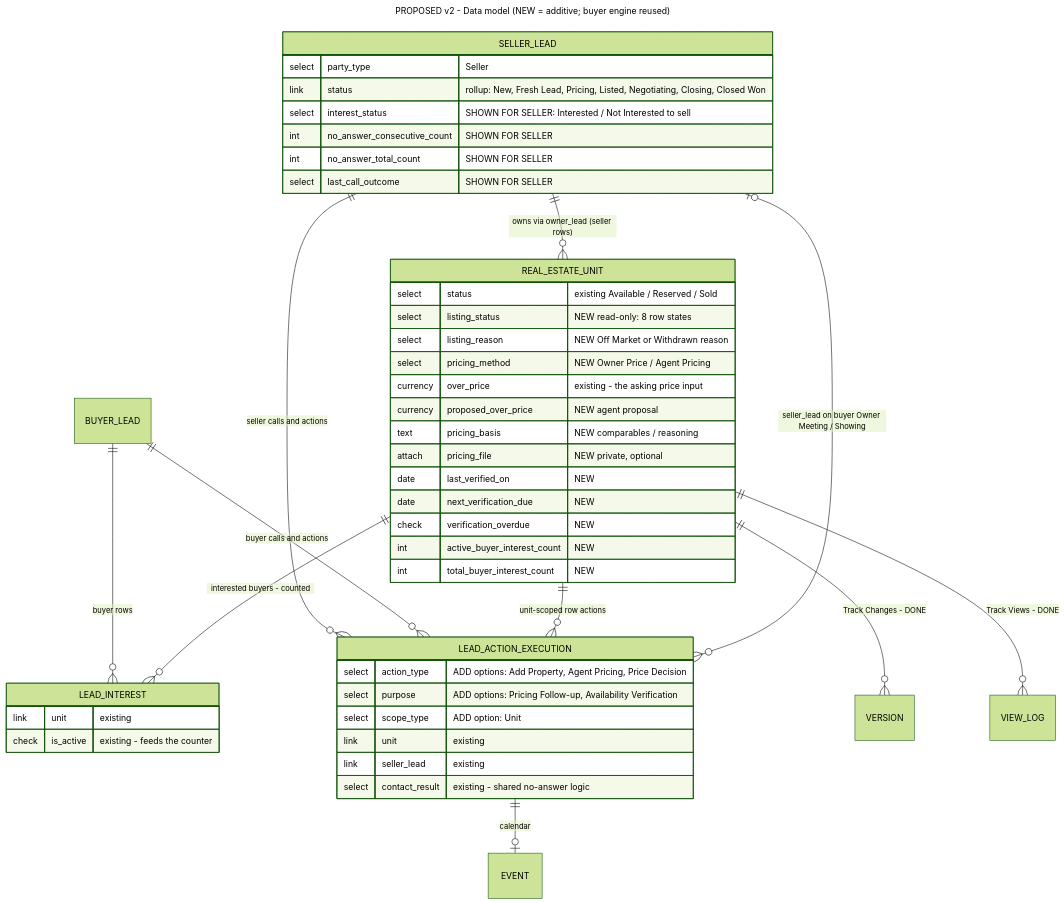
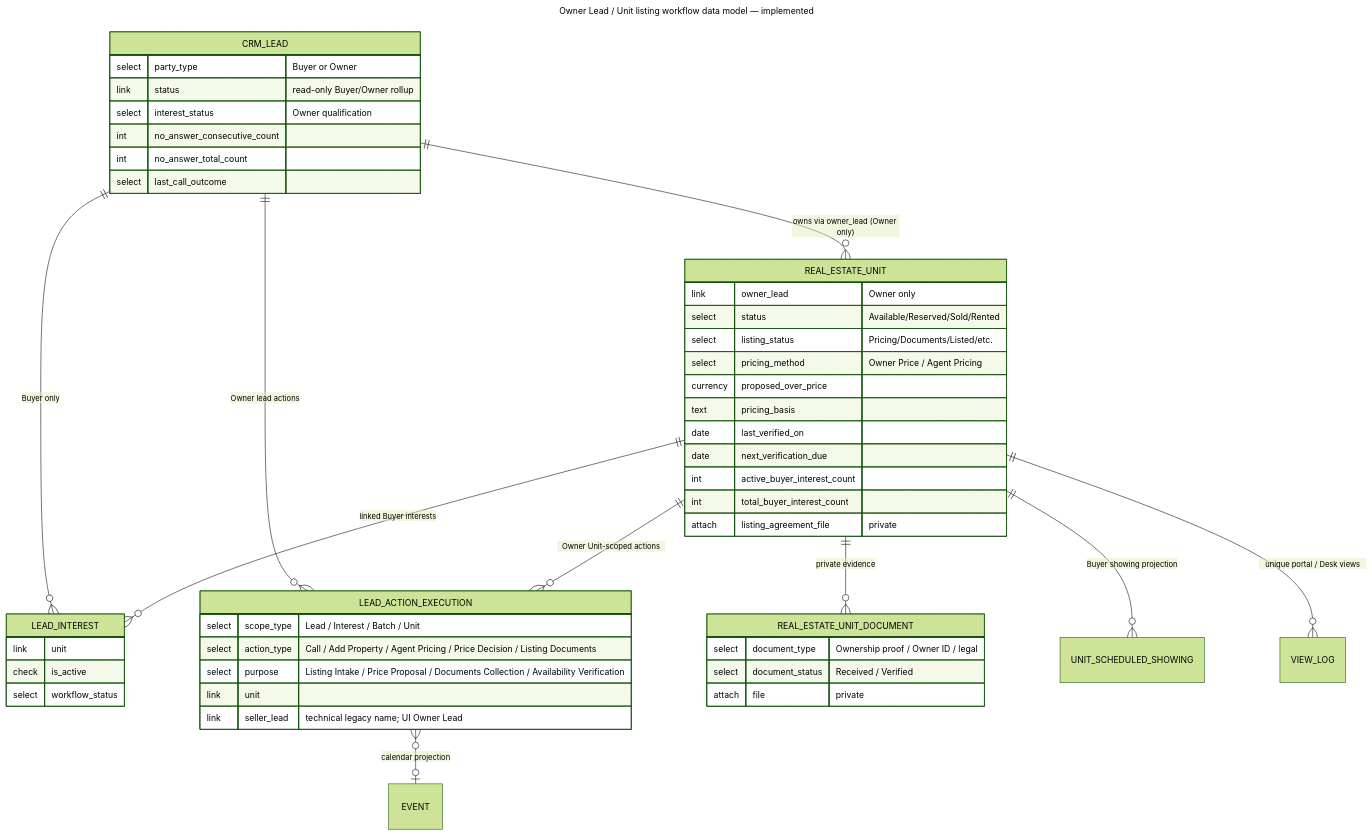
Before and after one commit to Cloudy-Z/crm-Real-State-Customs: the diagram in docs/proposals/owner_unit_workflow/seller_unit_erd.mmd, drawn with Mermaid (forest theme). The commit also changed 24 other files, not shown here.

First line of the commit message:
feat: add guided Owner Unit listing workflow

```diff
--- a/docs/proposals/owner_unit_workflow/seller_unit_erd.mmd
+++ b/docs/proposals/owner_unit_workflow/seller_unit_erd.mmd
@@ -1,50 +1,52 @@
 ---
-title: PROPOSED v2 - Data model (NEW = additive; buyer engine reused)
+title: Owner Lead / Unit listing workflow data model — implemented
 ---
 erDiagram
-    SELLER_LEAD ||--o{ REAL_ESTATE_UNIT : "owns via owner_lead (seller rows)"
-    BUYER_LEAD ||--o{ LEAD_INTEREST : "buyer rows"
-    REAL_ESTATE_UNIT ||--o{ LEAD_INTEREST : "interested buyers - counted"
-    SELLER_LEAD ||--o{ LEAD_ACTION_EXECUTION : "seller calls and actions"
-    BUYER_LEAD ||--o{ LEAD_ACTION_EXECUTION : "buyer calls and actions"
-    REAL_ESTATE_UNIT ||--o{ LEAD_ACTION_EXECUTION : "unit-scoped row actions"
-    LEAD_ACTION_EXECUTION }o--o| SELLER_LEAD : "seller_lead on buyer Owner Meeting / Showing"
-    LEAD_ACTION_EXECUTION ||--o| EVENT : "calendar"
-    REAL_ESTATE_UNIT ||--o{ VERSION : "Track Changes - DONE"
-    REAL_ESTATE_UNIT ||--o{ VIEW_LOG : "Track Views - DONE"
+    CRM_LEAD ||--o{ REAL_ESTATE_UNIT : "owns via owner_lead (Owner only)"
+    CRM_LEAD ||--o{ LEAD_INTEREST : "Buyer only"
+    REAL_ESTATE_UNIT ||--o{ LEAD_INTEREST : "linked Buyer interests"
+    CRM_LEAD ||--o{ LEAD_ACTION_EXECUTION : "Owner lead actions"
+    REAL_ESTATE_UNIT ||--o{ LEAD_ACTION_EXECUTION : "Owner Unit-scoped actions"
+    REAL_ESTATE_UNIT ||--o{ REAL_ESTATE_UNIT_DOCUMENT : "private evidence"
+    REAL_ESTATE_UNIT ||--o{ UNIT_SCHEDULED_SHOWING : "Buyer showing projection"
+    REAL_ESTATE_UNIT ||--o{ VIEW_LOG : "unique portal / Desk views"
+    LEAD_ACTION_EXECUTION }o--o| EVENT : "calendar projection"
 
-    SELLER_LEAD {
-        select party_type "Seller"
-        link status "rollup: New, Fresh Lead, Pricing, Listed, Negotiating, Closing, Closed Won"
-        select interest_status "SHOWN FOR SELLER: Interested / Not Interested to sell"
-        int no_answer_consecutive_count "SHOWN FOR SELLER"
-        int no_answer_total_count "SHOWN FOR SELLER"
-        select last_call_outcome "SHOWN FOR SELLER"
+    CRM_LEAD {
+        select party_type "Buyer or Owner"
+        link status "read-only Buyer/Owner rollup"
+        select interest_status "Owner qualification"
+        int no_answer_consecutive_count
+        int no_answer_total_count
+        select last_call_outcome
     }
     REAL_ESTATE_UNIT {
-        select status "existing Available / Reserved / Sold"
-        select listing_status "NEW read-only: 8 row states"
-        select listing_reason "NEW Off Market or Withdrawn reason"
-        select pricing_method "NEW Owner Price / Agent Pricing"
-        currency over_price "existing - the asking price input"
-        currency proposed_over_price "NEW agent proposal"
-        text pricing_basis "NEW comparables / reasoning"
-        attach pricing_file "NEW private, optional"
-        date last_verified_on "NEW"
-        date next_verification_due "NEW"
-        check verification_overdue "NEW"
-        int active_buyer_interest_count "NEW"
-        int total_buyer_interest_count "NEW"
+        link owner_lead "Owner only"
+        select status "Available/Reserved/Sold/Rented"
+        select listing_status "Pricing/Documents/Listed/etc."
+        select pricing_method "Owner Price / Agent Pricing"
+        currency proposed_over_price
+        text pricing_basis
+        date last_verified_on
+        date next_verification_due
+        int active_buyer_interest_count
+        int total_buyer_interest_count
+        attach listing_agreement_file "private"
+    }
+    REAL_ESTATE_UNIT_DOCUMENT {
+        select document_type "Ownership proof / Owner ID / legal"
+        select document_status "Received / Verified"
+        attach file "private"
     }
     LEAD_ACTION_EXECUTION {
-        select action_type "ADD options: Add Property, Agent Pricing, Price Decision"
-        select purpose "ADD options: Pricing Follow-up, Availability Verification"
-        select scope_type "ADD option: Unit"
-        link unit "existing"
-        link seller_lead "existing"
-        select contact_result "existing - shared no-answer logic"
+        select scope_type "Lead / Interest / Batch / Unit"
+        select action_type "Call / Add Property / Agent Pricing / Price Decision / Listing Documents"
+        select purpose "Listing Intake / Price Proposal / Documents Collection / Availability Verification"
+        link unit
+        link seller_lead "technical legacy name; UI Owner Lead"
     }
     LEAD_INTEREST {
-        link unit "existing"
-        check is_active "existing - feeds the counter"
+        link unit
+        check is_active
+        select workflow_status
     }
```
